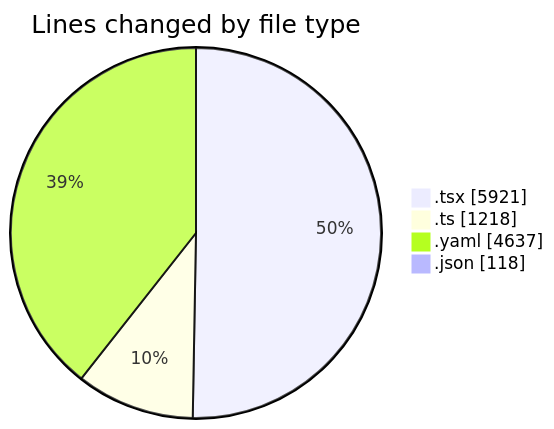
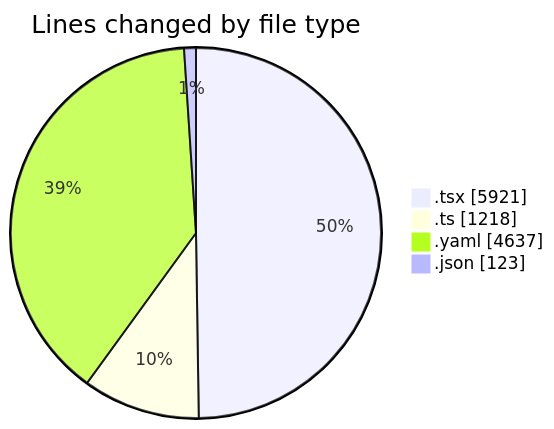
The first of 2 diagrams in 2025-10-13/eventscop-frontend-guide__workspace_/README.md (julien-gomy/code-tracking), drawn with Mermaid before and after one commit. The commit also changed other lines of this file and 1 other file, not shown here.

````diff
--- a/2025-10-13/eventscop-frontend-guide__workspace_/README.md
+++ b/2025-10-13/eventscop-frontend-guide__workspace_/README.md
@@ -54,8 +55,8 @@
 ```mermaid
 pie showData
 title Lines changed by file type
 ".tsx" : 5921
 ".ts" : 1218
 ".yaml" : 4637
-".json" : 118
+".json" : 123
 ```
````
